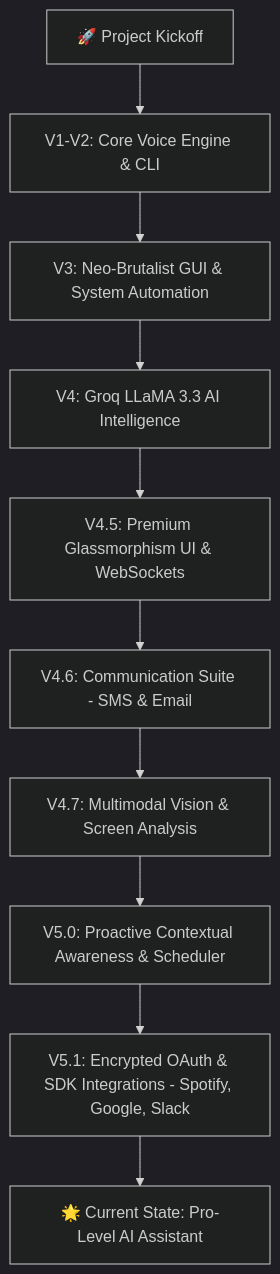
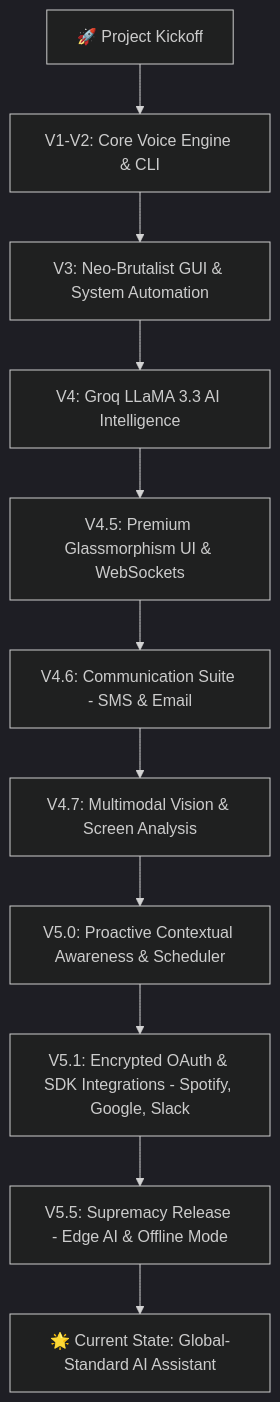
Before and after one commit to Rajmund09/THING-Voice-Assistant: the diagram in README.md, drawn with Mermaid (dark theme). The commit also changed other lines of this file and 79 other files, not shown here.

Commit message:
docs & polish: v5.5 Supremacy Release final polish and configuration

````diff
--- a/README.md
+++ b/README.md
@@ -54,12 +59,13 @@
 ```mermaid
 graph TD
     Start[🚀 Project Kickoff] --> Init[V1-V2: Core Voice Engine & CLI]
     Init --> UI[V3: Neo-Brutalist GUI & System Automation]
     UI --> AI[V4: Groq LLaMA 3.3 AI Intelligence]
     AI --> Glass[V4.5: Premium Glassmorphism UI & WebSockets]
     Glass --> Comm[V4.6: Communication Suite - SMS & Email]
     Comm --> Vision[V4.7: Multimodal Vision & Screen Analysis]
     Vision --> Proactive[V5.0: Proactive Contextual Awareness & Scheduler]
     Proactive --> OAuth[V5.1: Encrypted OAuth & SDK Integrations - Spotify, Google, Slack]
-    OAuth --> Current[🌟 Current State: Pro-Level AI Assistant]
+    OAuth --> Offline[V5.5: Supremacy Release - Edge AI & Offline Mode]
+    Offline --> Current[🌟 Current State: Global-Standard AI Assistant]
 ```
````
